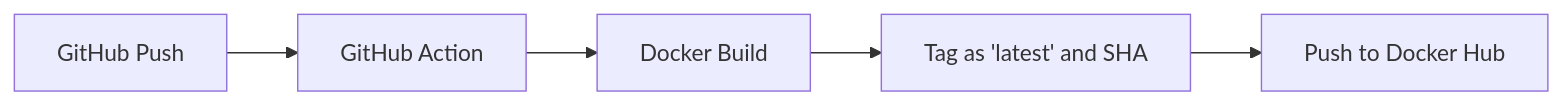
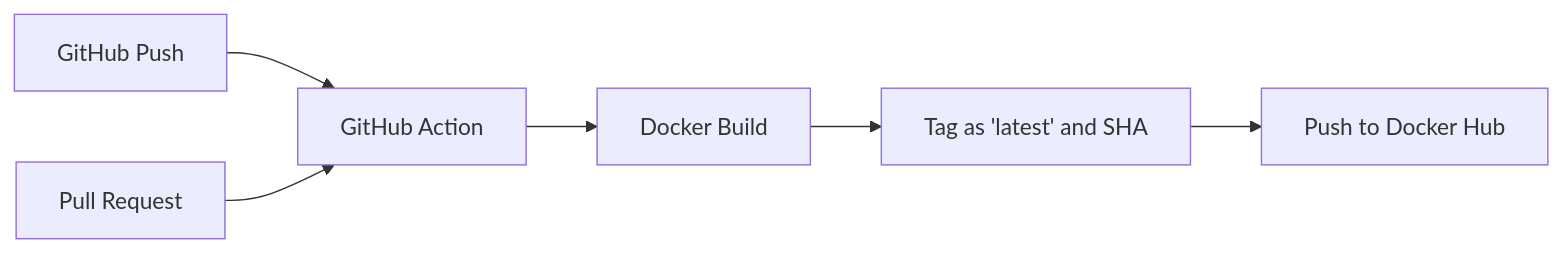
The diagram in README.md (ricky-lhy/Todo-list-flask), drawn with Mermaid before and after one commit. The commit also changed other lines of this file, not shown here.

Commit message:
final fix for README.md

````diff
--- a/README.md
+++ b/README.md
@@ -63,7 +63,8 @@
 ```mermaid
 flowchart LR
-    A[GitHub Push] --> B[GitHub Action]
+    A1[GitHub Push] --> B[GitHub Action]
+    A2[Pull Request] --> B
     B --> C[Docker Build]
     C --> D[Tag as 'latest' and SHA]
     D --> E[Push to Docker Hub]
 ```
````
